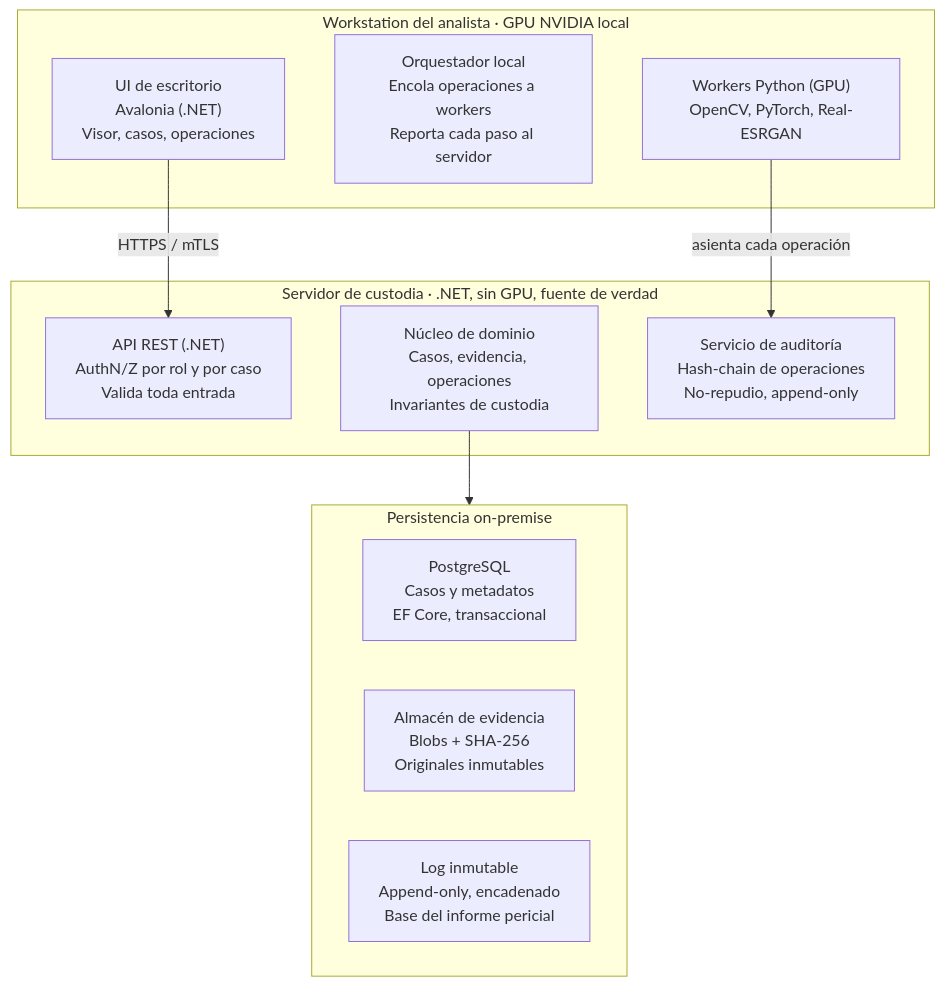
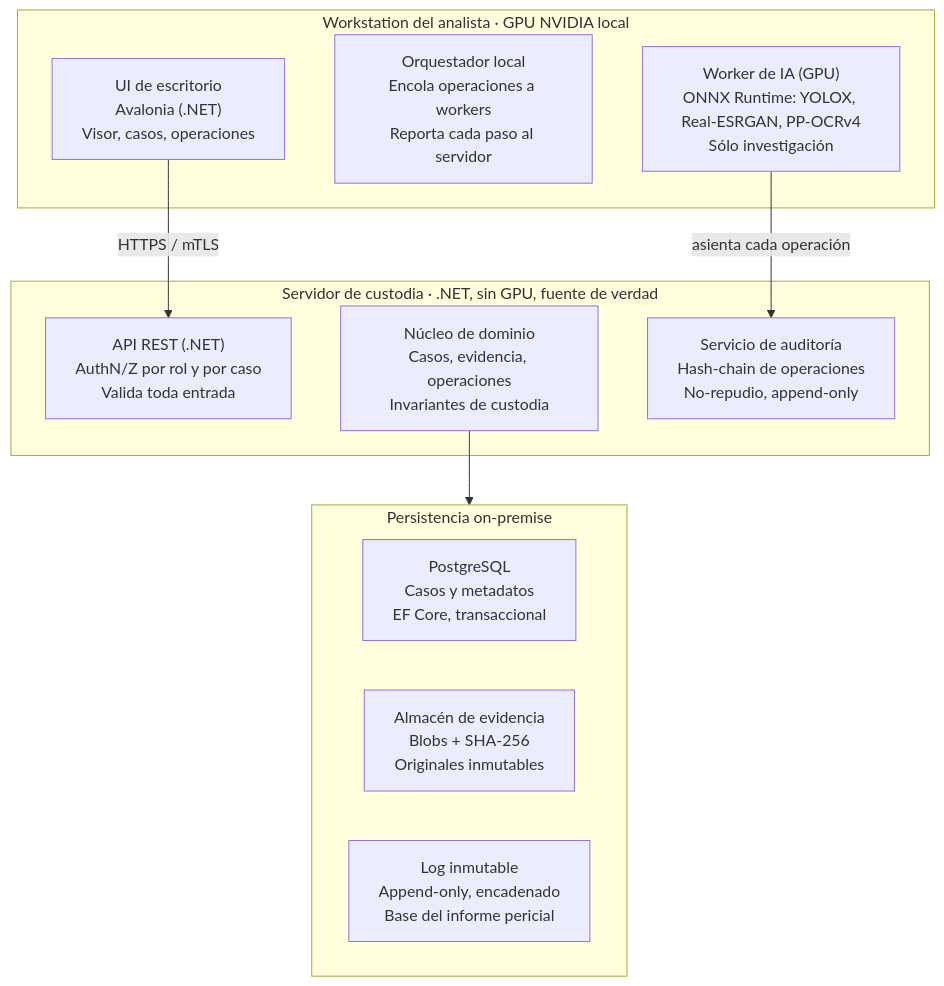
One commit to YagoGomez83/forensic-video changed the diagram in docs/architecture.md. Above: the diagram before and after it, drawn with Mermaid. The commit also changed other lines of this file and 1 other file, not shown here.

First line of the commit message:
docs: Fase 4 en architecture.md y CLAUDE.md (IA sólo investigación en la workstation)

````diff
--- a/docs/architecture.md
+++ b/docs/architecture.md
@@ -49,21 +49,21 @@
 ```mermaid
 flowchart TB
     subgraph WS["Workstation del analista · GPU NVIDIA local"]
         UI["UI de escritorio<br/>Avalonia (.NET)<br/>Visor, casos, operaciones"]
         ORQ["Orquestador local<br/>Encola operaciones a workers<br/>Reporta cada paso al servidor"]
-        WK["Workers Python (GPU)<br/>OpenCV, PyTorch, Real-ESRGAN"]
+        WK["Worker de IA (GPU)<br/>ONNX Runtime: YOLOX, Real-ESRGAN, PP-OCRv4<br/>Sólo investigación"]
     end
     subgraph SRV["Servidor de custodia · .NET, sin GPU, fuente de verdad"]
         API["API REST (.NET)<br/>AuthN/Z por rol y por caso<br/>Valida toda entrada"]
         DOM["Núcleo de dominio<br/>Casos, evidencia, operaciones<br/>Invariantes de custodia"]
         AUD["Servicio de auditoría<br/>Hash-chain de operaciones<br/>No-repudio, append-only"]
     end
     subgraph PER["Persistencia on-premise"]
         PG["PostgreSQL<br/>Casos y metadatos<br/>EF Core, transaccional"]
         BLOB["Almacén de evidencia<br/>Blobs + SHA-256<br/>Originales inmutables"]
         LOG["Log inmutable<br/>Append-only, encadenado<br/>Base del informe pericial"]
     end
     UI -- "HTTPS / mTLS" --> API
     WK -- "asienta cada operación" --> AUD
     DOM --> PER
 ```
````
